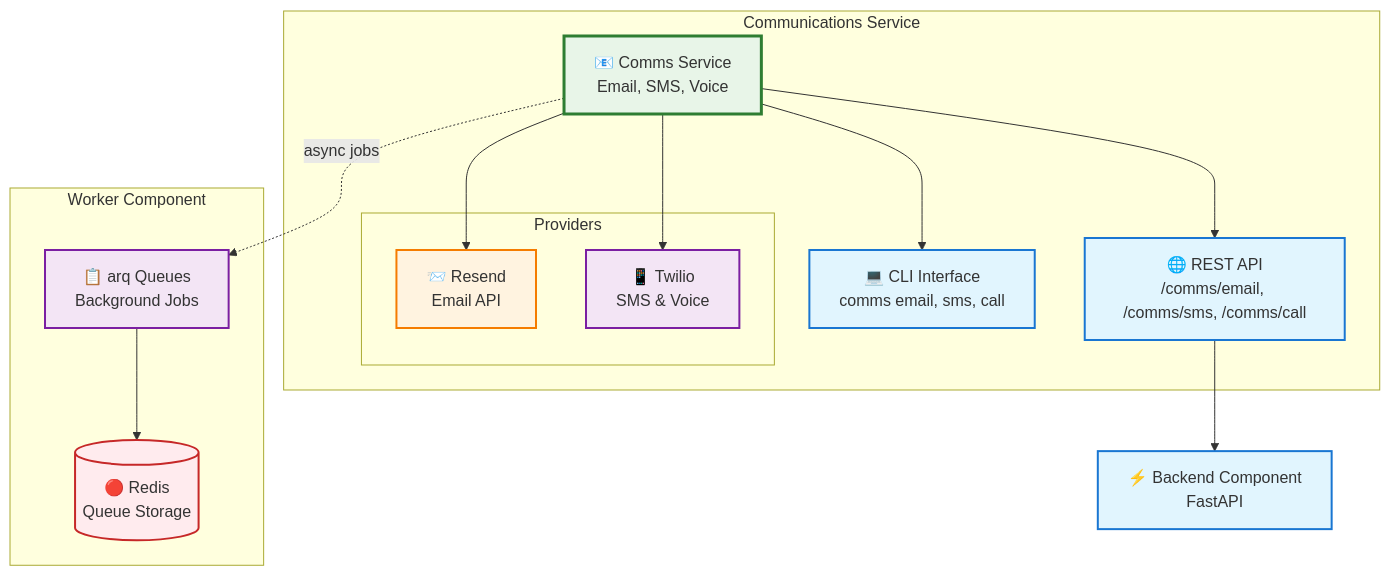
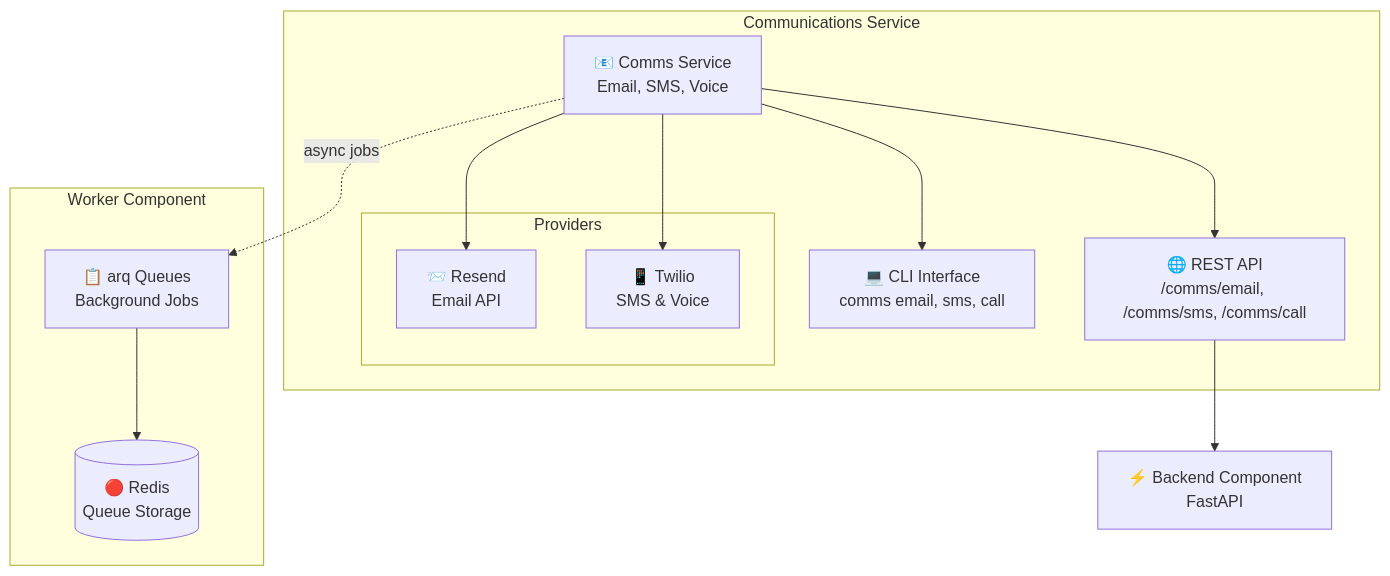
Before and after one commit to bhardwajRahul/aegis-stack: the diagram in docs/services/comms/index.md, drawn with Mermaid. The commit also changed 26 other files, not shown here.

````diff
--- a/docs/services/comms/index.md
+++ b/docs/services/comms/index.md
@@ -30,38 +30,30 @@
 ```mermaid
 graph TB
     subgraph "Communications Service"
-        CommsService[📧 Comms Service<br/>Email, SMS, Voice]
+        CommsService["📧 Comms Service<br/>Email, SMS, Voice"]
 
-        CLI[💻 CLI Interface<br/>comms email, sms, call]
-        API[🌐 REST API<br/>/comms/email, /comms/sms, /comms/call]
+        CLI["💻 CLI Interface<br/>comms email, sms, call"]
+        API["🌐 REST API<br/>/comms/email, /comms/sms, /comms/call"]
 
         subgraph "Providers"
-            Resend[📨 Resend<br/>Email API]
-            Twilio[📱 Twilio<br/>SMS & Voice]
+            Resend["📨 Resend<br/>Email API"]
+            Twilio["📱 Twilio<br/>SMS & Voice"]
         end
     end
 
-    Backend[⚡ Backend Component<br/>FastAPI]
+    Backend["⚡ Backend Component<br/>FastAPI"]
 
     subgraph "Worker Component"
-        ArqQueues[📋 arq Queues<br/>Background Jobs]
-        Redis[(🔴 Redis<br/>Queue Storage)]
+        ArqQueues["📋 arq Queues<br/>Background Jobs"]
+        Redis[("🔴 Redis<br/>Queue Storage")]
     end
 
     CommsService --> CLI
     CommsService --> API
     CommsService --> Resend
     CommsService --> Twilio
     API --> Backend
     CommsService -.->|async jobs| ArqQueues
     ArqQueues --> Redis
 
-    style CommsService fill:#e8f5e8,stroke:#2e7d32,stroke-width:3px
-    style CLI fill:#e1f5fe,stroke:#1976d2,stroke-width:2px
-    style API fill:#e1f5fe,stroke:#1976d2,stroke-width:2px
-    style Resend fill:#fff3e0,stroke:#f57c00,stroke-width:2px
-    style Twilio fill:#f3e5f5,stroke:#7b1fa2,stroke-width:2px
-    style Backend fill:#e1f5fe,stroke:#1976d2,stroke-width:2px
-    style ArqQueues fill:#f3e5f5,stroke:#7b1fa2,stroke-width:2px
-    style Redis fill:#ffebee,stroke:#c62828,stroke-width:2px
 ```
````
